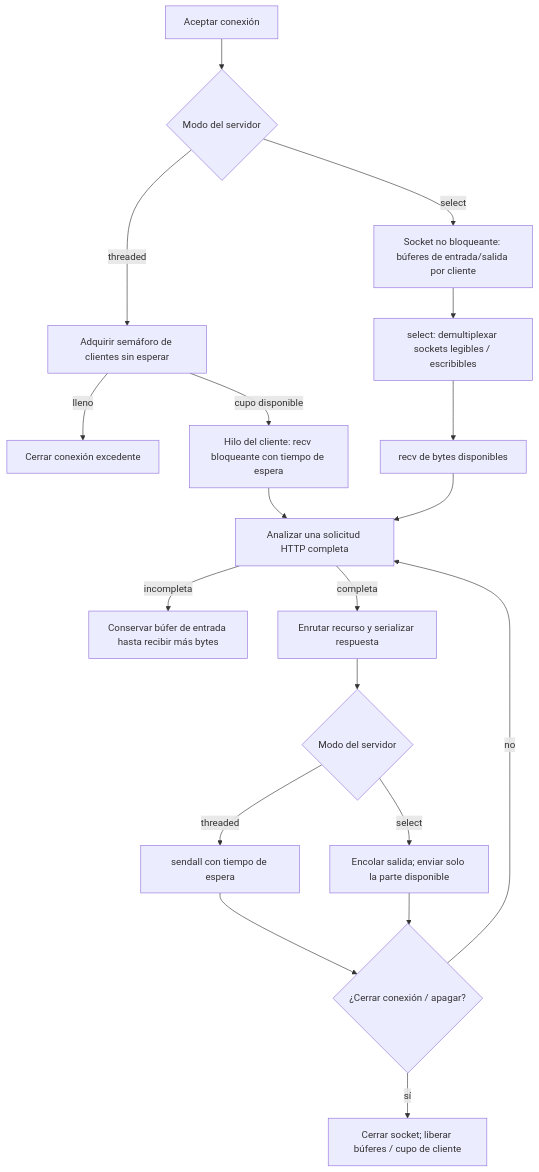
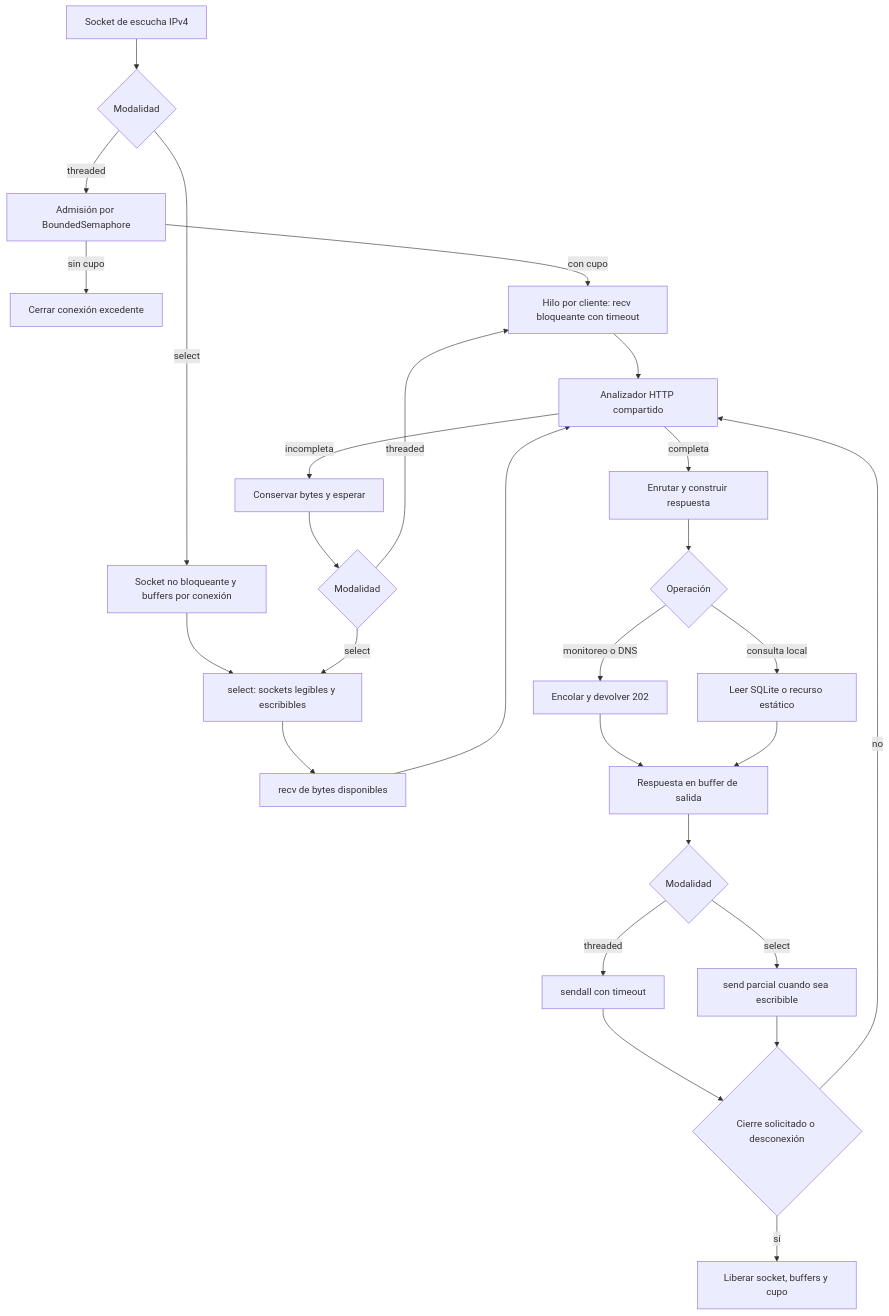
One commit to adrianmovaz/DistributedNetworkMonitor changed the second of 2 diagrams in docs/architecture.md. Above: the diagram before and after it, drawn with Mermaid. The commit also changed other lines of this file and 97 other files, not shown here.

````diff
--- a/docs/architecture.md
+++ b/docs/architecture.md
@@ -32,21 +51,29 @@
 ```mermaid
 flowchart TD
-    Accept[Aceptar conexión] --> Mode{Modo del servidor}
-    Mode -->|threaded| Limit[Adquirir semáforo de clientes sin esperar]
-    Limit -->|lleno| Reject[Cerrar conexión excedente]
-    Limit -->|cupo disponible| Worker[Hilo del cliente: recv bloqueante con tiempo de espera]
-    Mode -->|select| Buffers[Socket no bloqueante: búferes de entrada/salida por cliente]
-    Buffers --> Ready[select: demultiplexar sockets legibles / escribibles]
-    Ready --> Read[recv de bytes disponibles]
-    Worker --> Parse[Analizar una solicitud HTTP completa]
-    Read --> Parse
-    Parse -->|incompleta| Wait[Conservar búfer de entrada hasta recibir más bytes]
-    Parse -->|completa| Route[Enrutar recurso y serializar respuesta]
-    Route --> Write{Modo del servidor}
-    Write -->|threaded| Send[sendall con tiempo de espera]
-    Write -->|select| Partial[Encolar salida; enviar solo la parte disponible]
-    Send --> Keep{¿Cerrar conexión / apagar?}
-    Partial --> Keep
-    Keep -->|no| Parse
-    Keep -->|sí| Cleanup[Cerrar socket; liberar búferes / cupo de cliente]
+    L[Socket de escucha IPv4] --> M{Modalidad}
+    M -->|threaded| A[Admisión por BoundedSemaphore]
+    A -->|sin cupo| X[Cerrar conexión excedente]
+    A -->|con cupo| C[Hilo por cliente: recv bloqueante con timeout]
+    M -->|select| B[Socket no bloqueante y buffers por conexión]
+    B --> E[select: sockets legibles y escribibles]
+    E --> R[recv de bytes disponibles]
+    C --> P[Analizador HTTP compartido]
+    R --> P
+    P -->|incompleta| I[Conservar bytes y esperar]
+    I --> M2{Modalidad}
+    M2 -->|threaded| C
+    M2 -->|select| E
+    P -->|completa| H[Enrutar y construir respuesta]
+    H --> Q{Operación}
+    Q -->|monitoreo o DNS| J[Encolar y devolver 202]
+    Q -->|consulta local| D[Leer SQLite o recurso estático]
+    J --> O[Respuesta en buffer de salida]
+    D --> O
+    O --> W{Modalidad}
+    W -->|threaded| S[sendall con timeout]
+    W -->|select| T[send parcial cuando sea escribible]
+    S --> K{Cierre solicitado o desconexión}
+    T --> K
+    K -->|no| P
+    K -->|sí| F[Liberar socket, buffers y cupo]
 ```
````
